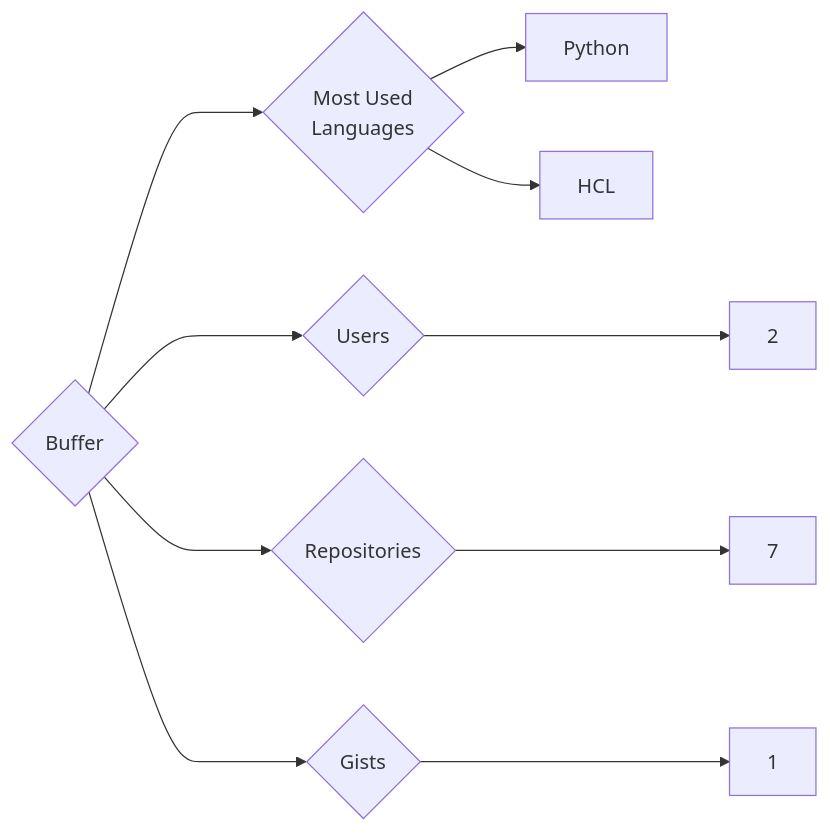
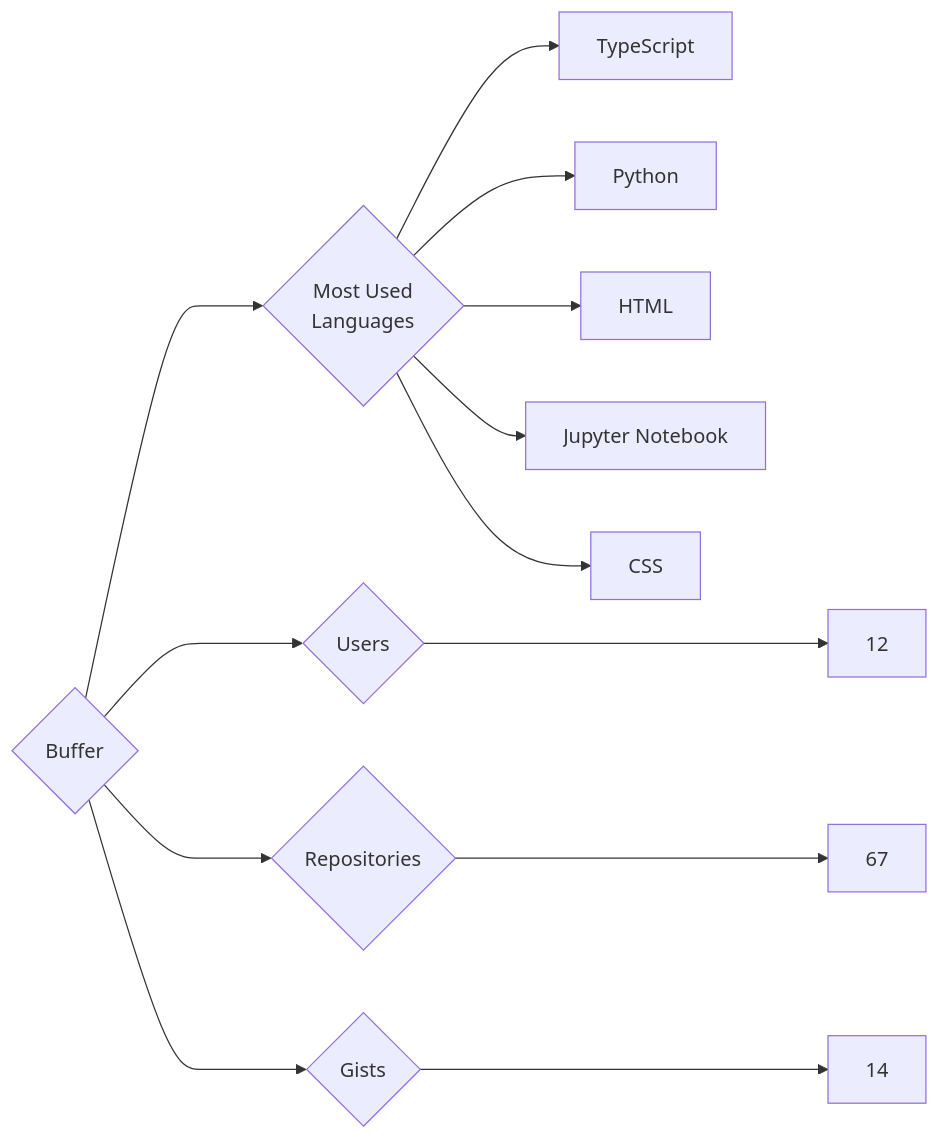
One commit to trickest/insiders changed the diagram in targets/Buffer/README.md. Above: the diagram before and after it, drawn with Mermaid. The commit also changed 611 other files, not shown here.

````diff
--- a/targets/Buffer/README.md
+++ b/targets/Buffer/README.md
@@ -3,10 +3,13 @@
 ```mermaid
 graph LR
 COMPANY_NAME{Buffer}
-COMPANY_NAME ---> U{Users} ---> UN[2]
-COMPANY_NAME ---> R{Repositories} ---> RN[7]
-COMPANY_NAME ---> G{Gists} ---> GN[1]
+COMPANY_NAME ---> U{Users} ---> UN[12]
+COMPANY_NAME ---> R{Repositories} ---> RN[67]
+COMPANY_NAME ---> G{Gists} ---> GN[14]
 COMPANY_NAME ---> ML{Most Used<br>Languages}
+ML --> TypeScript[TypeScript]
 ML --> Python[Python]
-ML --> HCL[HCL]
+ML --> HTML[HTML]
+ML --> Jupyter_Notebook[Jupyter Notebook]
+ML --> CSS[CSS]
 ```
````
